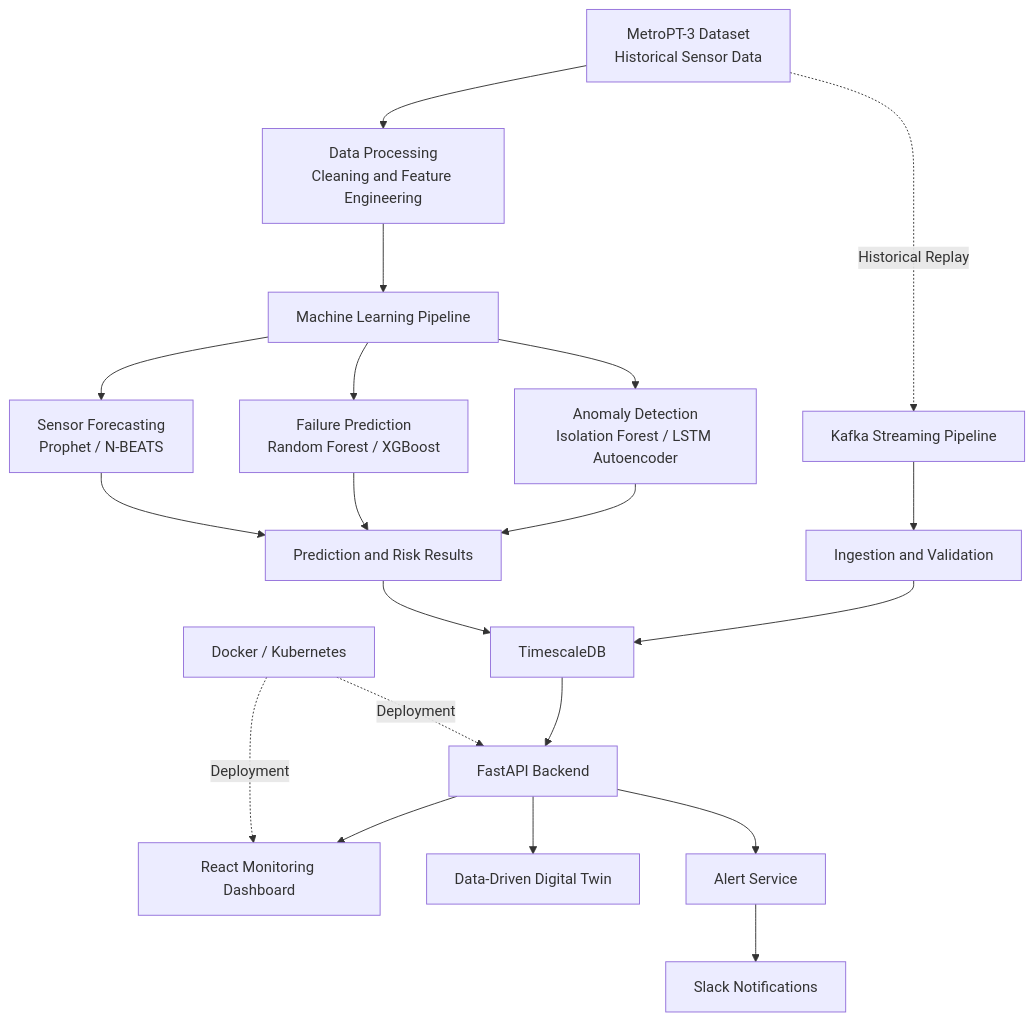
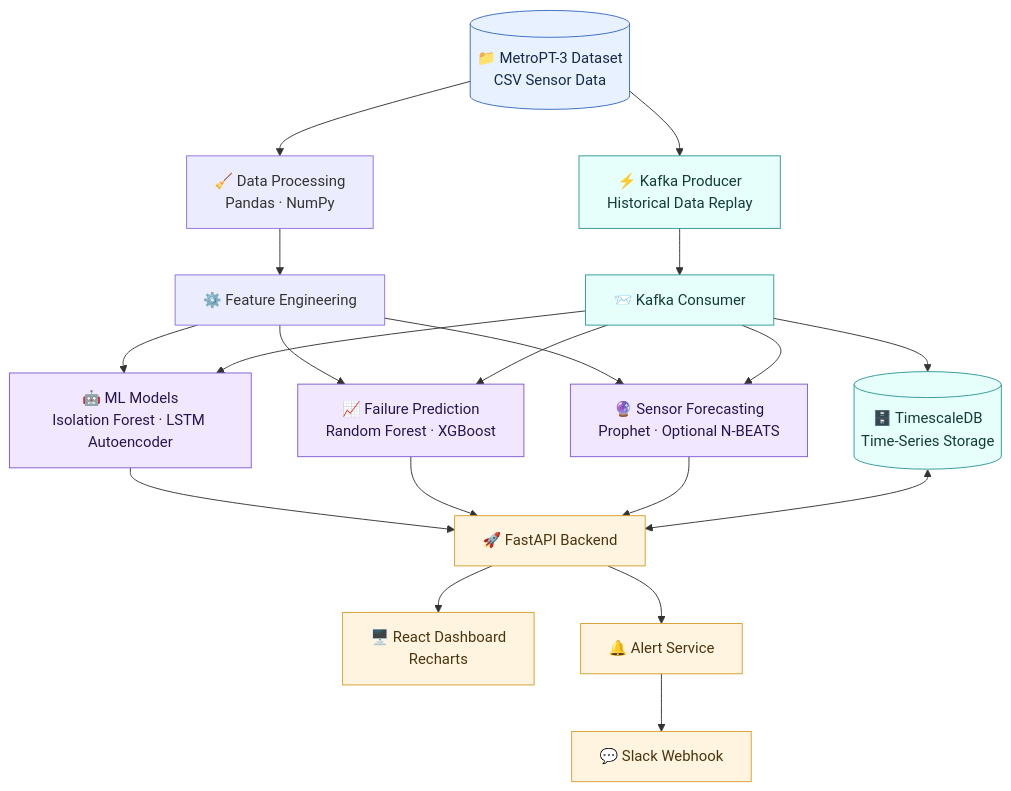
One commit to tanmaynikhare45/metropt-predictive-maintenance changed the diagram in README.md. Above: the diagram before and after it, drawn with Mermaid. The commit also changed other lines of this file, not shown here.

````diff
--- a/README.md
+++ b/README.md
@@ -44,27 +75,33 @@
-```mermaid
-flowchart TD
-    A["MetroPT-3 Dataset<br/>Historical Sensor Data"] --> B["Data Processing<br/>Cleaning and Feature Engineering"]
-    B --> C["Machine Learning Pipeline"]
+``` mermaid
+flowchart TB
+    A[("📁 MetroPT-3 Dataset<br/>CSV Sensor Data")] --> B["🧹 Data Processing<br/>Pandas · NumPy"]
+    B --> C["⚙️ Feature Engineering"]
+    C --> D["🤖 ML Models<br/>Isolation Forest · LSTM Autoencoder"]
+    C --> E["📈 Failure Prediction<br/>Random Forest · XGBoost"]
+    C --> F["🔮 Sensor Forecasting<br/>Prophet · Optional N-BEATS"]
 
-    C --> D["Anomaly Detection<br/>Isolation Forest / LSTM Autoencoder"]
-    C --> E["Failure Prediction<br/>Random Forest / XGBoost"]
-    C --> F["Sensor Forecasting<br/>Prophet / N-BEATS"]
+    A --> G["⚡ Kafka Producer<br/>Historical Data Replay"]
+    G --> H["📨 Kafka Consumer"]
+    H --> I[("🗄️ TimescaleDB<br/>Time-Series Storage")]
+    H --> D
+    H --> E
+    H --> F
 
-    A -. "Historical Replay" .-> G["Kafka Streaming Pipeline"]
-    G --> H["Ingestion and Validation"]
-    H --> I["TimescaleDB"]
-
-    D --> J["Prediction and Risk Results"]
+    D --> J["🚀 FastAPI Backend"]
     E --> J
     F --> J
-    J --> I
+    I <--> J
 
-    I --> K["FastAPI Backend"]
-    K --> L["React Monitoring Dashboard"]
-    K --> M["Data-Driven Digital Twin"]
-    K --> N["Alert Service"]
-    N --> O["Slack Notifications"]
+    J --> K["🖥️ React Dashboard<br/>Recharts"]
+    J --> L["🔔 Alert Service"]
+    L --> M["💬 Slack Webhook"]
 
-    P["Docker / Kubernetes"] -. "Deployment" .-> K
-    P -. "Deployment" .-> L
+    classDef source fill:#e8f1ff,stroke:#356ac3,color:#152b4a
+    classDef ml fill:#f1e8ff,stroke:#805ad5,color:#29154d
+    classDef infra fill:#e6fffa,stroke:#319795,color:#123b3a
+    classDef ui fill:#fff4df,stroke:#d69e2e,color:#4a3410
+    class A source
+    class D,E,F ml
+    class G,H,I infra
+    class J,K,L,M ui
 ```
````
